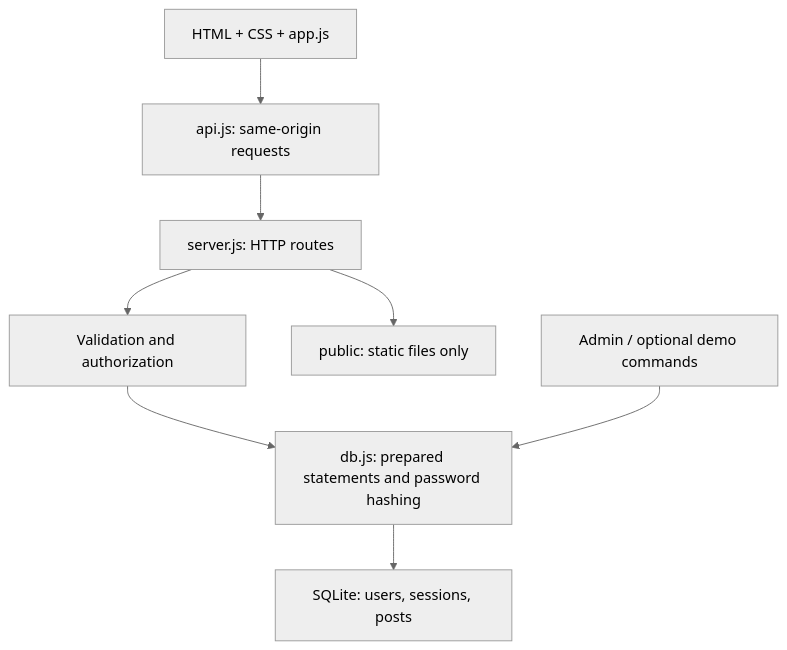
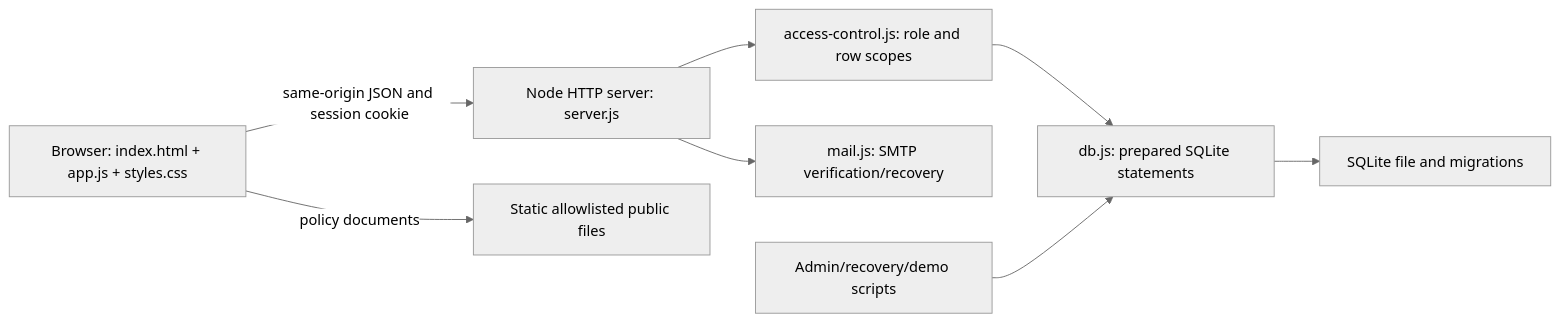
One commit to pointONEsixhsevuhn/RETURNO changed the diagram in docs/SYSTEM-DESIGN.md. Above: the diagram before and after it, drawn with Mermaid (neutral theme). The commit also changed other lines of this file and 3 other files, not shown here.

Commit message:
docs: reconcile project guide and roadmap

````diff
--- a/docs/SYSTEM-DESIGN.md
+++ b/docs/SYSTEM-DESIGN.md
@@ -96,10 +11,10 @@
 ```mermaid
-flowchart TD
-  UI["HTML + CSS + app.js"] --> API["api.js: same-origin requests"]
-  API --> HTTP["server.js: HTTP routes"]
-  HTTP --> AUTH["Validation and authorization"]
-  AUTH --> DATA["db.js: prepared statements and password hashing"]
-  DATA --> DB["SQLite: users, sessions, posts"]
-  HTTP --> ASSETS["public: static files only"]
-  CLI["Admin / optional demo commands"] --> DATA
+flowchart LR
+  Browser["Browser: index.html + app.js + styles.css"] -->|same-origin JSON and session cookie| HTTP["Node HTTP server: server.js"]
+  Browser -->|policy documents| Static["Static allowlisted public files"]
+  HTTP --> Access["access-control.js: role and row scopes"]
+  Access --> Data["db.js: prepared SQLite statements"]
+  Data --> SQLite["SQLite file and migrations"]
+  HTTP --> Mail["mail.js: SMTP verification/recovery"]
+  AdminCLI["Admin/recovery/demo scripts"] --> Data
 ```
````
